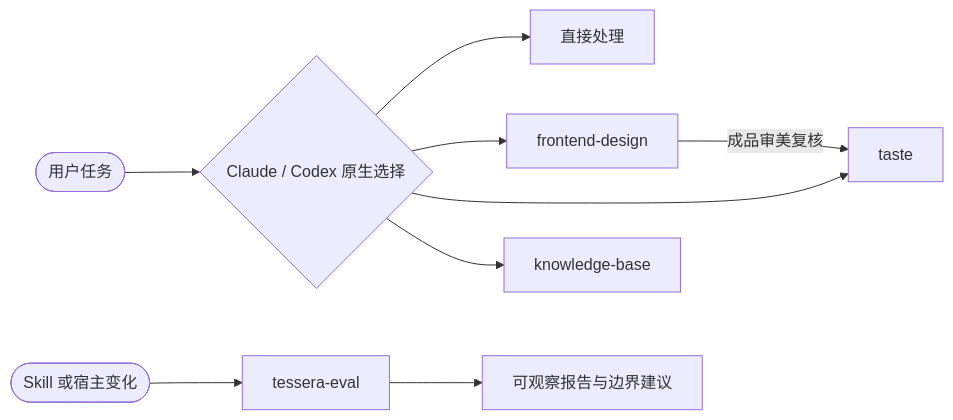
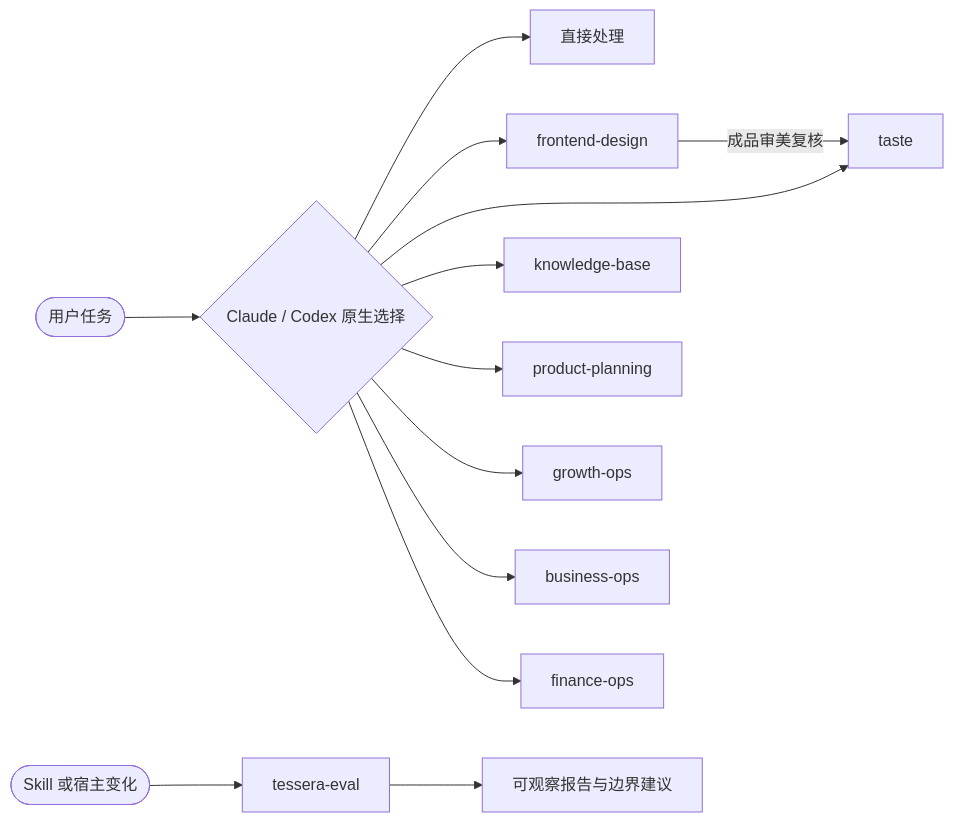
One commit to gloamere/Tessera changed the diagram in README.md. Above: the diagram before and after it, drawn with Mermaid. The commit also changed other lines of this file and 45 other files, not shown here.

````diff
--- a/README.md
+++ b/README.md
@@ -25,11 +29,15 @@
 ```mermaid
 flowchart LR
     U([用户任务]) --> H{Claude / Codex 原生选择}
     H --> D[直接处理]
     H --> F[frontend-design]
     F -->|成品审美复核| T[taste]
     H --> T[taste]
     H --> K[knowledge-base]
+    H --> P[product-planning]
+    H --> G[growth-ops]
+    H --> B[business-ops]
+    H --> FIO[finance-ops]
     C([Skill 或宿主变化]) --> E[tessera-eval]
     E --> R[可观察报告与边界建议]
 ```
````
